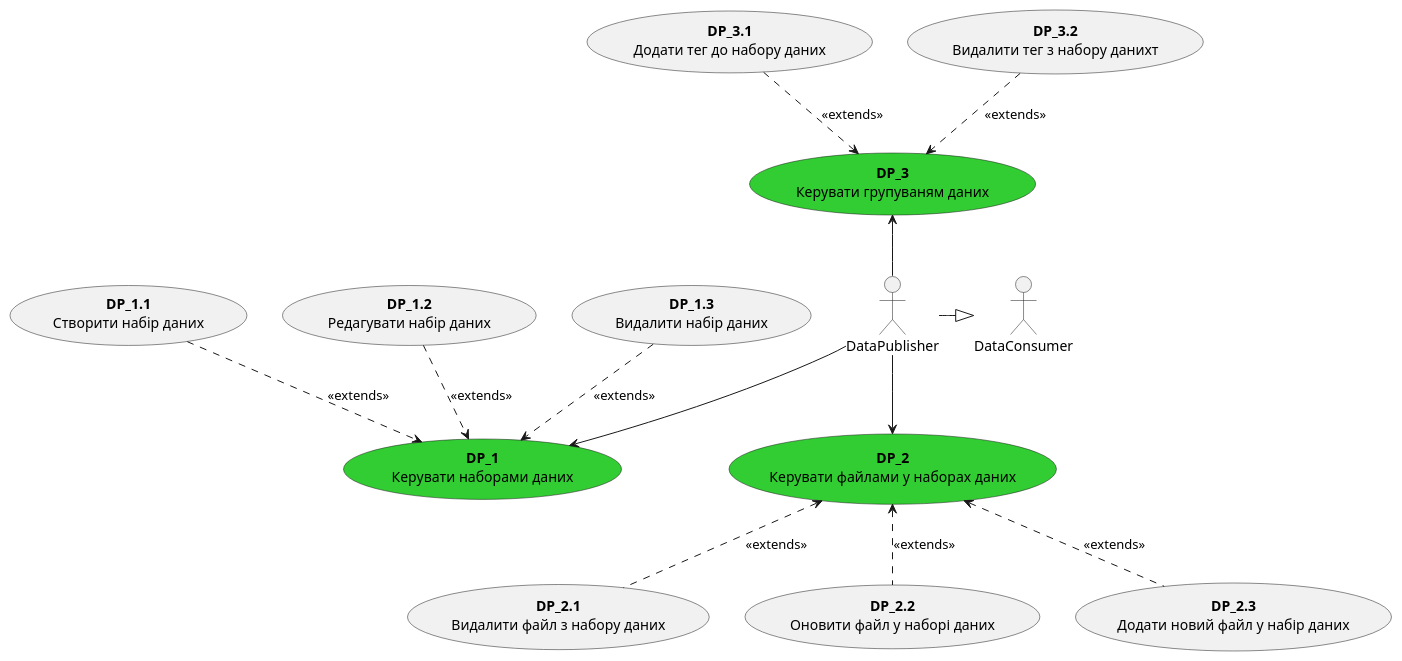
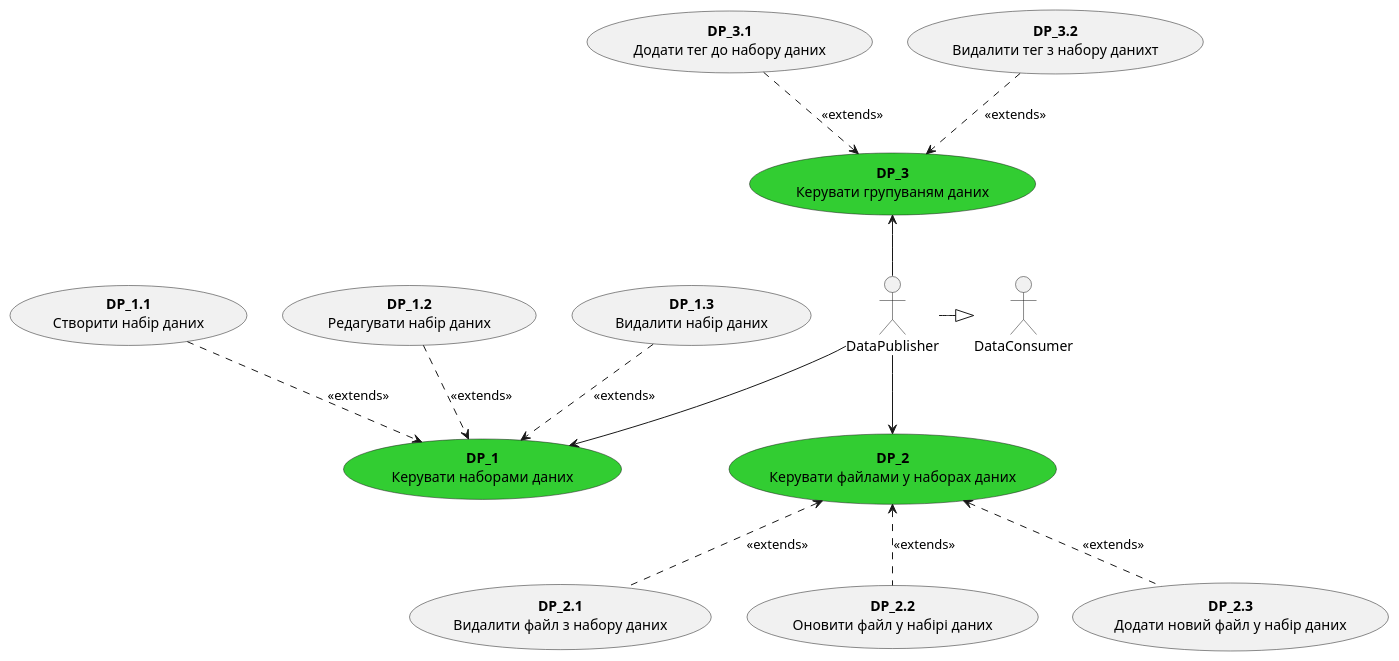
Before and after one commit to boldak/edu-db-cw: the third of 21 diagrams in docs/use cases/Readme.md, drawn with PlantUML. The commit also changed other lines of this file and 2 other files, not shown here.

```diff
--- a/docs/use cases/Readme.md
+++ b/docs/use cases/Readme.md
@@ -101,45 +118,45 @@
 @startuml
 
   actor DataPublisher
   actor DataConsumer
   
   usecase Dmanage1 as "<b>DP_1</b>\nКерувати наборами даних" #32CD32
   usecase Dmanage1_1 as "<b>DP_1.1</b>\nСтворити набiр даних"
   usecase Dmanage1_2 as "<b>DP_1.2</b>\nРедагувати набiр даних"
   usecase Dmanage1_3 as "<b>DP_1.3</b>\nВидалити набiр даних"
 
 
 
   usecase Dmanage2 as "<b>DP_2</b>\nКерувати файлами у наборах даних" #32CD32
   usecase Dmanage2_1 as "<b>DP_2.1</b>\nВидалити файл з набору даних"
-  usecase Dmanage2_2 as "<b>DP_2.2</b>\nОновити файл у наборі даних"
+  usecase Dmanage2_2 as "<b>DP_2.2</b>\nОновити файл у набірі даних"
   usecase Dmanage2_3 as "<b>DP_2.3</b>\nДодати новий файл у набір даних"
 
 
   usecase Dmanage3 as "<b>DP_3</b>\nКерувати групуваням даних" #32CD32
   usecase Dmanage3_1 as "<b>DP_3.1</b>\nДодати тег до набору даних"
   usecase Dmanage3_2 as "<b>DP_3.2</b>\nВидалити тег з набору данихт"
  
   
 
   DataPublisher -u-> Dmanage3
   DataPublisher -d-> Dmanage2
   DataPublisher -d-> Dmanage1
   DataPublisher -r-|> DataConsumer
 
   Dmanage2_1 .u.> Dmanage2: <<extends>>
   Dmanage2_2 .u.> Dmanage2: <<extends>>
   Dmanage2_3 .u.> Dmanage2: <<extends>>
 
   Dmanage3_1 .d.> Dmanage3: <<extends>>
   Dmanage3_2 .d.> Dmanage3: <<extends>>
 
 
   Dmanage1_1 .d.> Dmanage1: <<extends>>
   Dmanage1_2 .d.> Dmanage1: <<extends>>
   Dmanage1_3 .d.> Dmanage1: <<extends>>
 
           
 
   
 @enduml
```
